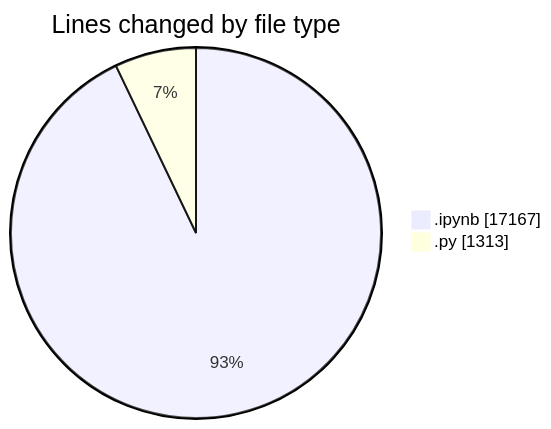
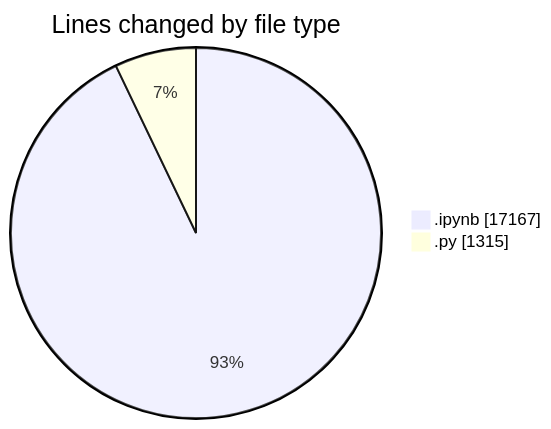
Before and after one commit to MatusMokan/code-tracking: the first of 2 diagrams in 2025-05-07/myws__workspace_/README.md, drawn with Mermaid. The commit also changed other lines of this file and 1 other file, not shown here.

````diff
--- a/2025-05-07/myws__workspace_/README.md
+++ b/2025-05-07/myws__workspace_/README.md
@@ -21,6 +21,6 @@
 ```mermaid
 pie showData
 title Lines changed by file type
 ".ipynb" : 17167
-".py" : 1313
+".py" : 1315
 ```
````
